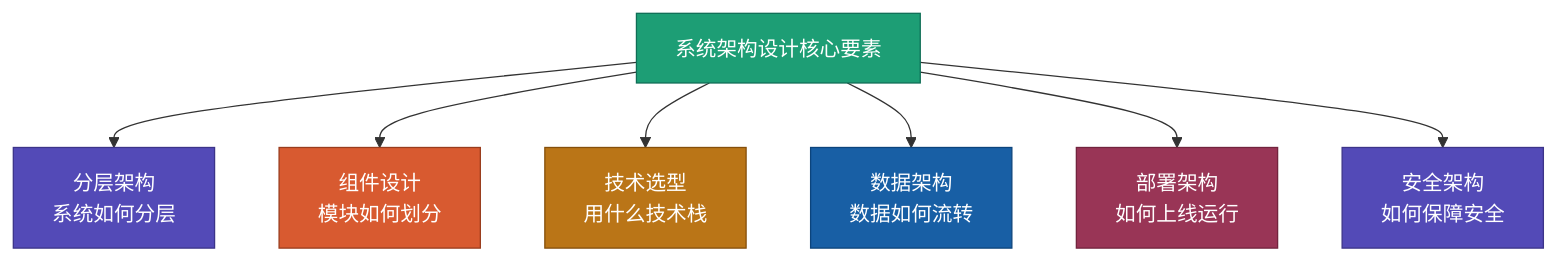
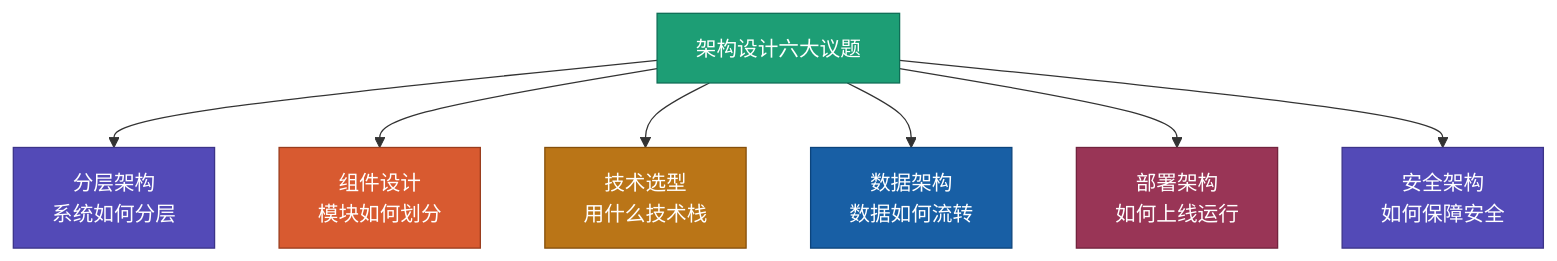
One commit to microwind/design-patterns changed the first of 23 diagrams in docs/articles/system-architecture/AI-Era-System-Architecture-Design-Guide.md. Above: the diagram before and after it, drawn with Mermaid. The commit also changed other lines of this file, not shown here.

Commit message:
update Architecture-Design-Guide

````diff
--- a/docs/articles/system-architecture/AI-Era-System-Architecture-Design-Guide.md
+++ b/docs/articles/system-architecture/AI-Era-System-Architecture-Design-Guide.md
@@ -27,19 +25,19 @@
 ```mermaid
 graph TD
-    ROOT["系统架构设计核心要素"]
+    ROOT["架构设计六大议题"]
 
     ROOT --> A["分层架构<br/>系统如何分层"]
     ROOT --> B["组件设计<br/>模块如何划分"]
     ROOT --> C["技术选型<br/>用什么技术栈"]
     ROOT --> D["数据架构<br/>数据如何流转"]
     ROOT --> E["部署架构<br/>如何上线运行"]
     ROOT --> F["安全架构<br/>如何保障安全"]
 
     style ROOT fill:#1D9E75,stroke:#0F6E56,color:#ffffff
     style A fill:#534AB7,stroke:#3C3489,color:#ffffff
     style B fill:#D85A30,stroke:#993C1D,color:#ffffff
     style C fill:#BA7517,stroke:#854F0B,color:#ffffff
     style D fill:#185FA5,stroke:#0C447C,color:#ffffff
     style E fill:#993556,stroke:#72243E,color:#ffffff
     style F fill:#534AB7,stroke:#3C3489,color:#ffffff
 ```
````
